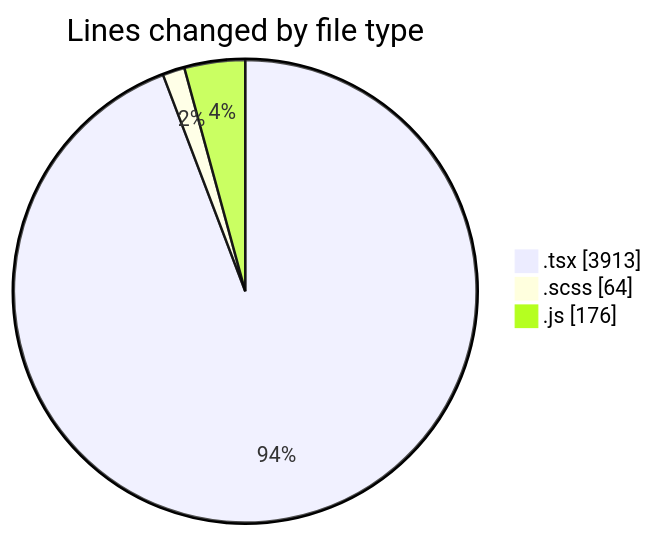
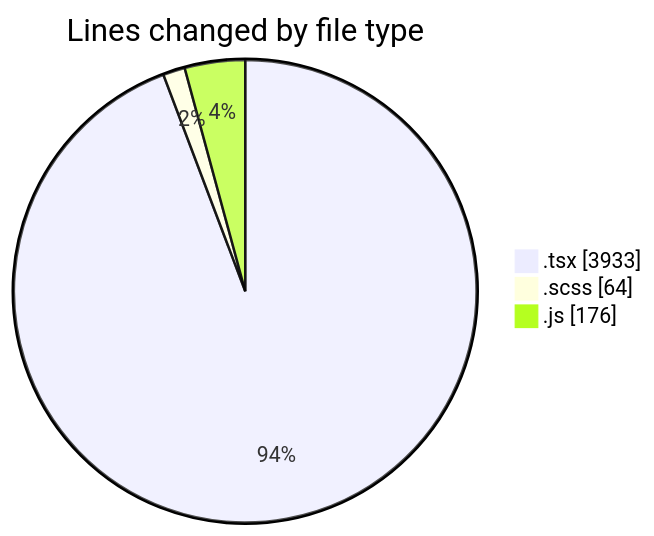
Before and after one commit to momahboobian/code-tracking: the first of 2 diagrams in 2025-06-16/cda/README.md, drawn with Mermaid. The commit also changed other lines of this file and 1 other file, not shown here.

````diff
--- a/2025-06-16/cda/README.md
+++ b/2025-06-16/cda/README.md
@@ -35,7 +35,7 @@
 ```mermaid
 pie showData
 title Lines changed by file type
-".tsx" : 3913
+".tsx" : 3933
 ".scss" : 64
 ".js" : 176
 ```
````
